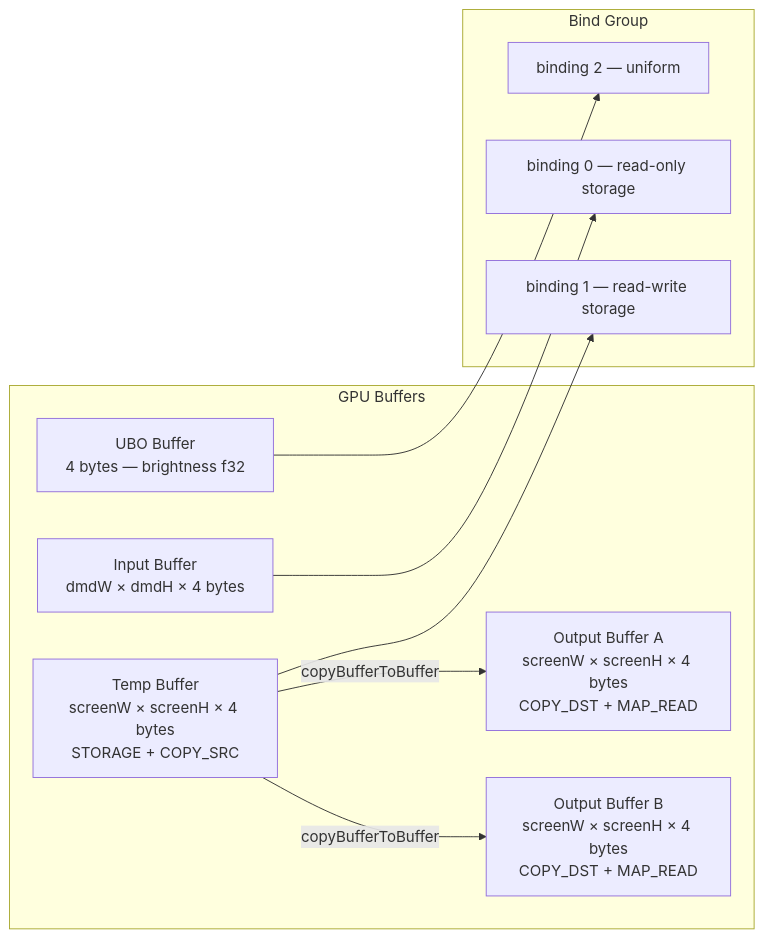
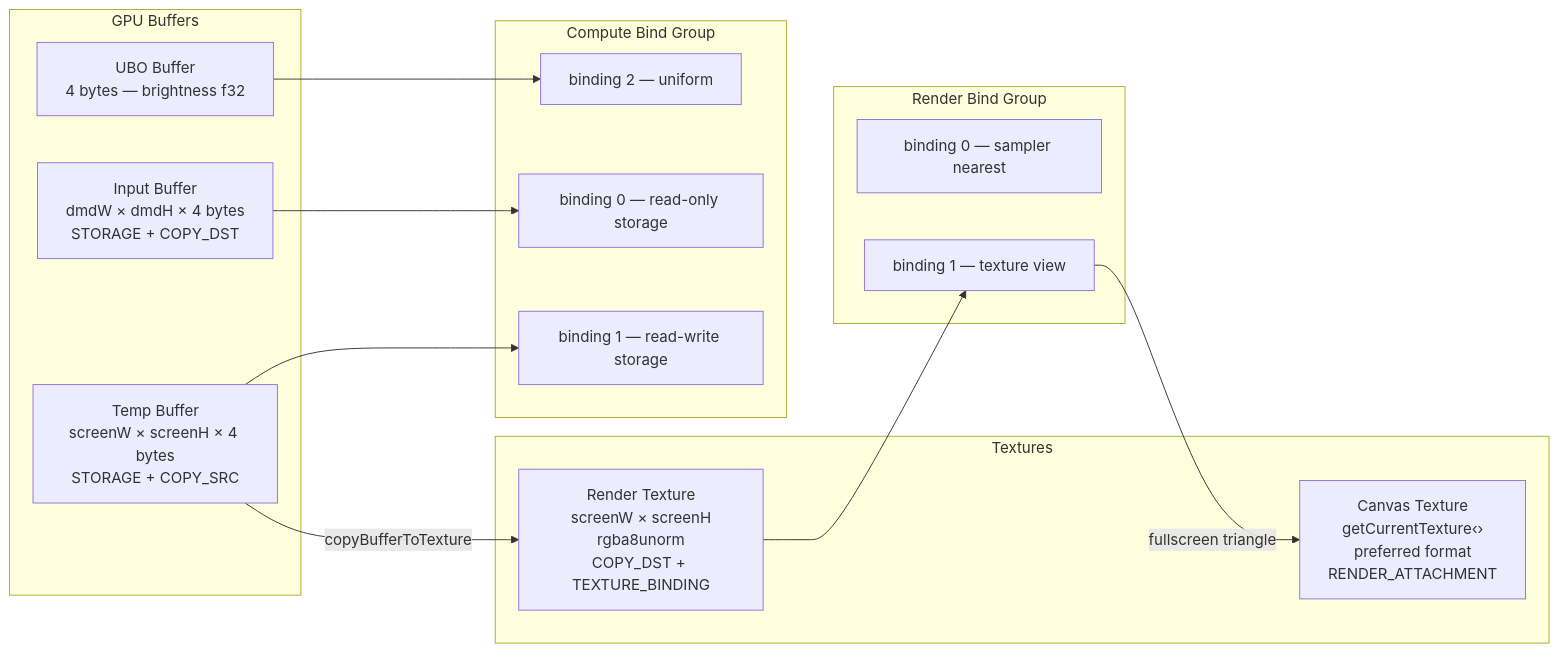
Before and after one commit to bzhmaddog/H5DMD: the third of 4 diagrams in rendering.md, drawn with Mermaid. The commit also changed other lines of this file and 5 other files, not shown here.

Commit message:
feat: implement render-to-texture for DmdRenderer, optimizing GPU usage and eliminating readback

````diff
--- a/rendering.md
+++ b/rendering.md
@@ -61,23 +49,32 @@
 ```mermaid
 graph LR
     subgraph GPU Buffers
         UBO[UBO Buffer<br>4 bytes — brightness f32]
-        IN[Input Buffer<br>dmdW × dmdH × 4 bytes]
+        IN[Input Buffer<br>dmdW × dmdH × 4 bytes<br>STORAGE + COPY_DST]
         TEMP[Temp Buffer<br>screenW × screenH × 4 bytes<br>STORAGE + COPY_SRC]
-        OUT_A[Output Buffer A<br>screenW × screenH × 4 bytes<br>COPY_DST + MAP_READ]
-        OUT_B[Output Buffer B<br>screenW × screenH × 4 bytes<br>COPY_DST + MAP_READ]
     end
 
-    subgraph Bind Group
+    subgraph Textures
+        RT[Render Texture<br>screenW × screenH<br>rgba8unorm<br>COPY_DST + TEXTURE_BINDING]
+        CT[Canvas Texture<br>getCurrentTexture‹›<br>preferred format<br>RENDER_ATTACHMENT]
+    end
+
+    subgraph Compute Bind Group
         B0[binding 0 — read-only storage]
         B1[binding 1 — read-write storage]
         B2[binding 2 — uniform]
+    end
+
+    subgraph Render Bind Group
+        R0[binding 0 — sampler nearest]
+        R1[binding 1 — texture view]
     end
 
     IN --> B0
     TEMP --> B1
     UBO --> B2
 
-    TEMP -->|copyBufferToBuffer| OUT_A
-    TEMP -->|copyBufferToBuffer| OUT_B
+    TEMP -->|copyBufferToTexture| RT
+    RT --> R1
+    R1 -->|fullscreen triangle| CT
 ```
````
